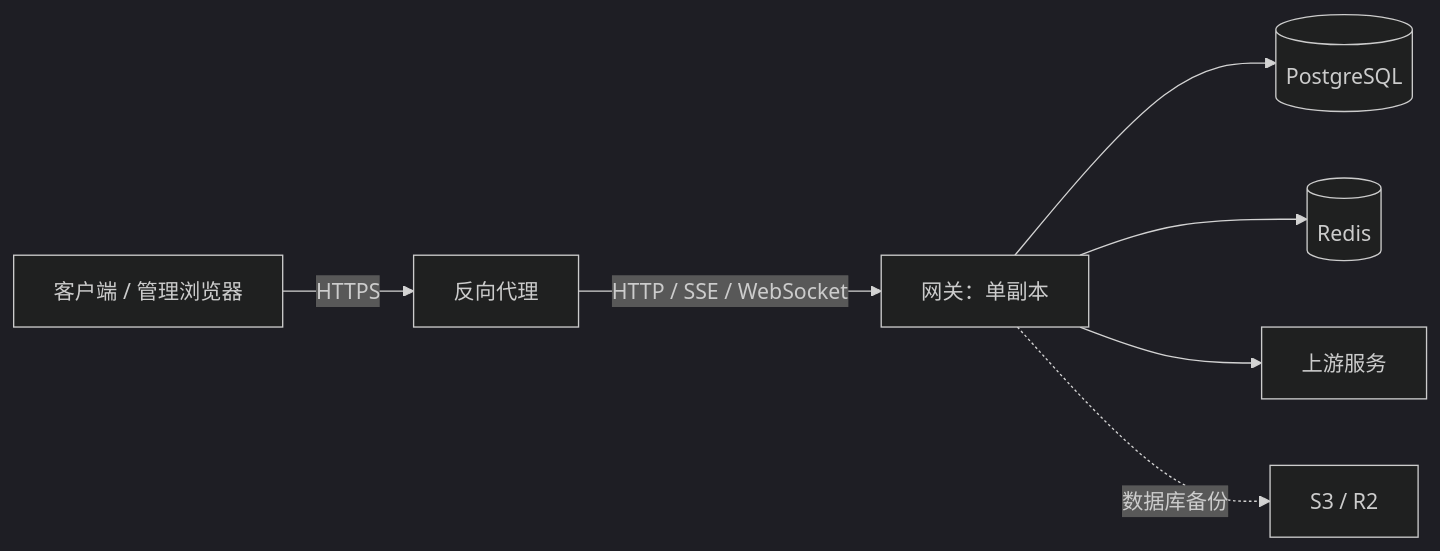
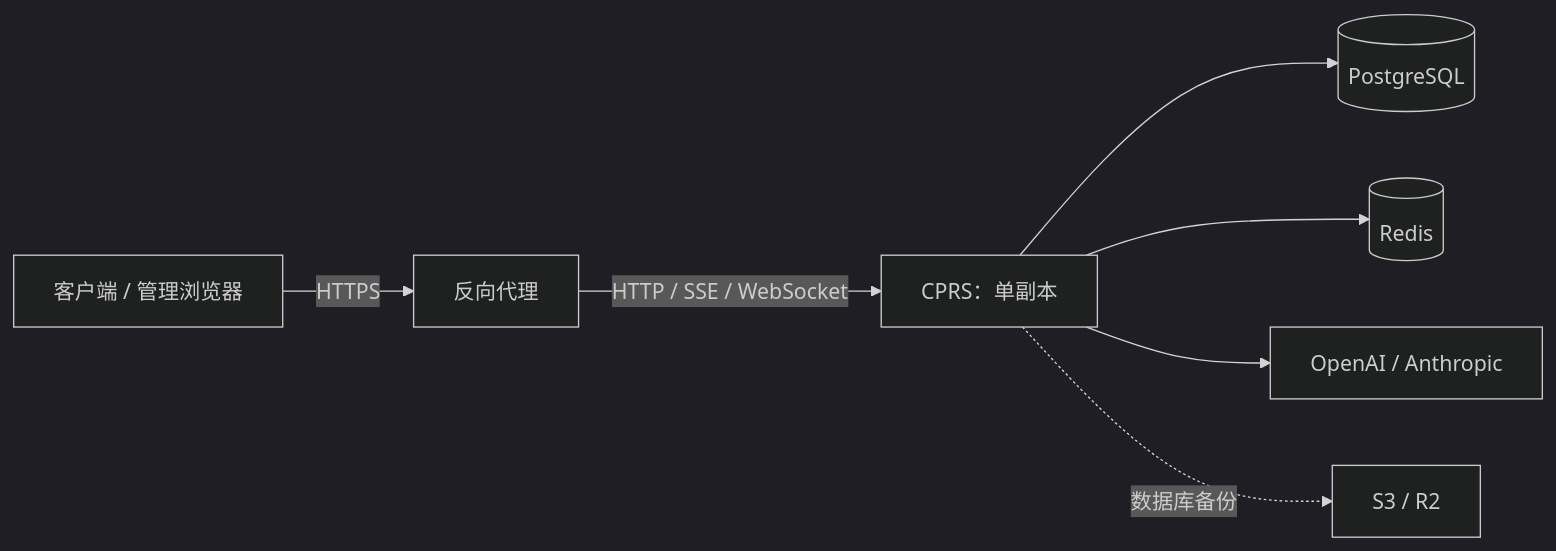
One commit to Gululu8023/codex-proxy-rs changed the diagram in deploy/README.md. Above: the diagram before and after it, drawn with Mermaid (dark theme). The commit also changed other lines of this file and 115 other files, not shown here.

````diff
--- a/deploy/README.md
+++ b/deploy/README.md
@@ -224,9 +19,9 @@
 ```mermaid
 flowchart LR
   Client[客户端 / 管理浏览器] -->|HTTPS| Proxy[反向代理]
-  Proxy -->|HTTP / SSE / WebSocket| App[网关：单副本]
+  Proxy -->|HTTP / SSE / WebSocket| App[CPRS：单副本]
   App --> PG[(PostgreSQL)]
   App --> Redis[(Redis)]
-  App --> Upstream[上游服务]
+  App --> Upstream[OpenAI / Anthropic]
   App -. 数据库备份 .-> Backup[S3 / R2]
 ```
````
